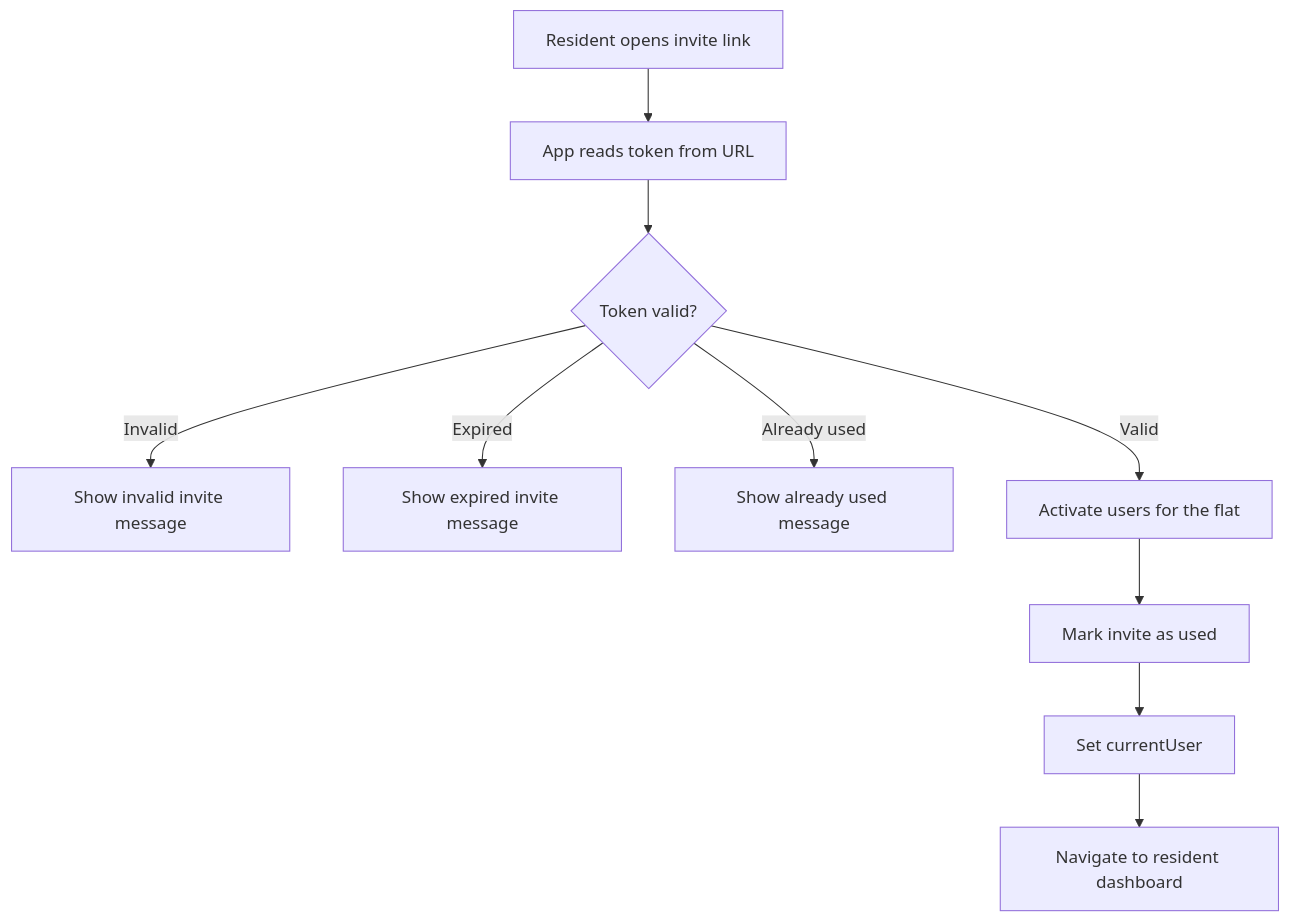
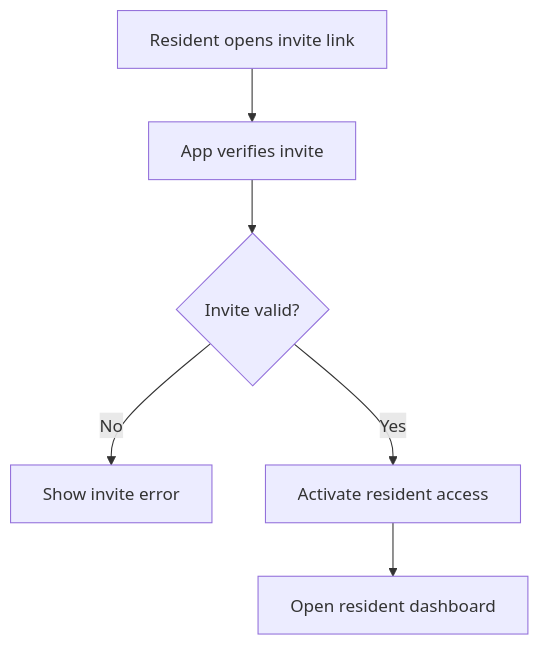
Before and after one commit to painful-bug/MAY2026-Team-035: the third of 20 diagrams in implemented_flows.md, drawn with Mermaid. The commit also changed other lines of this file, not shown here.

First line of the commit message:
Simplify flow documentation

````diff
--- a/implemented_flows.md
+++ b/implemented_flows.md
@@ -78,12 +33,8 @@
 ```mermaid
 flowchart TD
-  A[Resident opens invite link] --> B[App reads token from URL]
-  B --> C{Token valid?}
-  C -->|Invalid| D[Show invalid invite message]
-  C -->|Expired| E[Show expired invite message]
-  C -->|Already used| F[Show already used message]
-  C -->|Valid| G[Activate users for the flat]
-  G --> H[Mark invite as used]
-  H --> I[Set currentUser]
-  I --> J[Navigate to resident dashboard]
+  A[Resident opens invite link] --> B[App verifies invite]
+  B --> C{Invite valid?}
+  C -->|No| D[Show invite error]
+  C -->|Yes| E[Activate resident access]
+  E --> F[Open resident dashboard]
 ```
````
